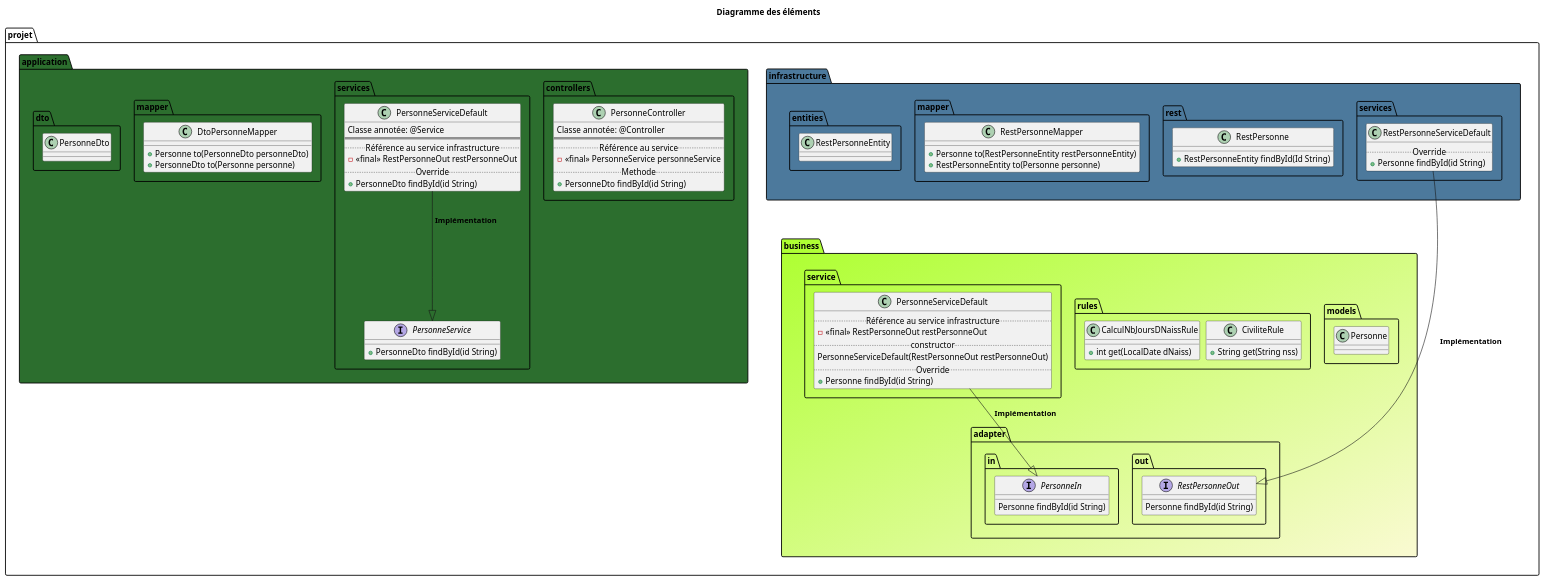
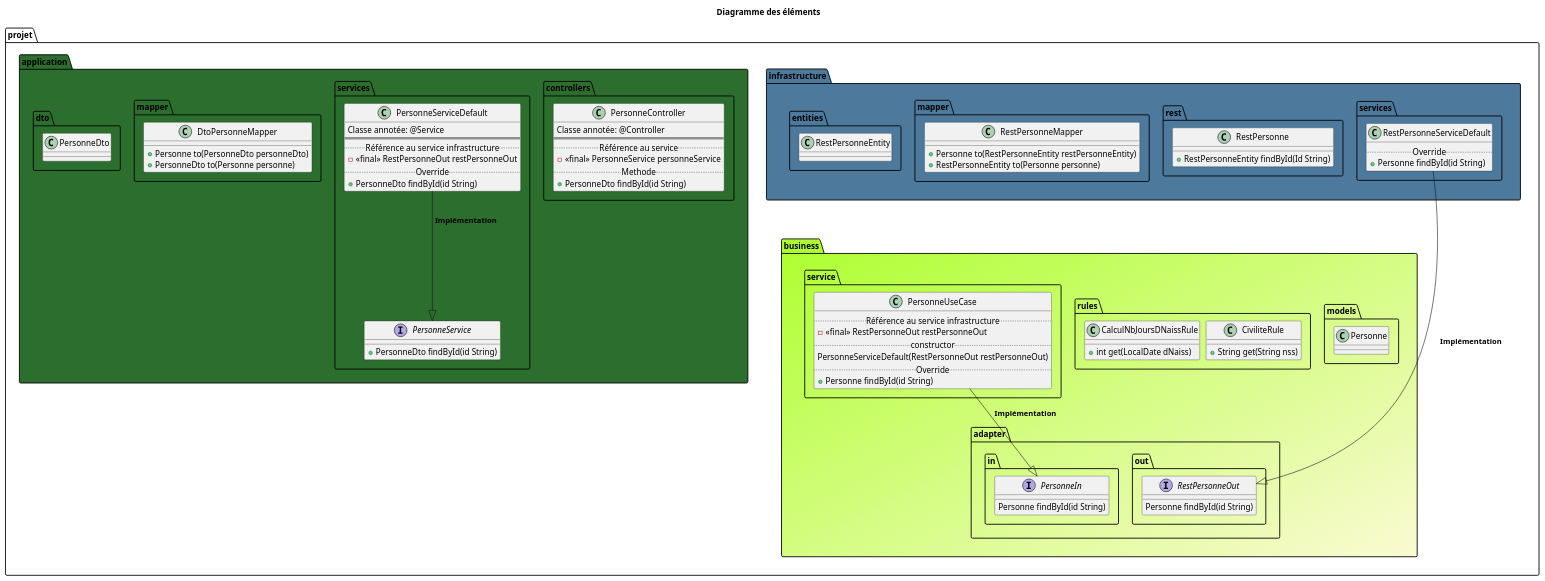
One commit to stef38-code/structureProjet changed the diagram in images/application/dia_application_ex.puml. Above: the diagram before and after it, drawn with PlantUML. The commit also changed 10 other files, not shown here.

```diff
--- a/images/application/dia_application_ex.puml
+++ b/images/application/dia_application_ex.puml
@@ -1,105 +1,105 @@
 @startuml
 title: Diagramme des éléments
 skinparam nodesep 10
 page 1x2
 package projet{
     package business #GreenYellow/LightGoldenRodYellow {
             package adapter{
                 package out {
                     interface RestPersonneOut {
                         {method} Personne findById(id String)
                     }
                 }
                 package in {
                     interface PersonneIn {
                       {method} Personne findById(id String)
                     }
                 }
             }
             package models {
                 class Personne{
                 }
             }
             package rules {
                 class CiviliteRule{
                     +String get(String nss)
                 }
                 class CalculNbJoursDNaissRule{
                     +int get(LocalDate dNaiss)
                 }
             }
             package service {
-                class PersonneServiceDefault {
+                class PersonneUseCase {
                     .. Référence au service infrastructure ..
                     - <<final>> RestPersonneOut restPersonneOut
                     .. constructor ..
                     PersonneServiceDefault(RestPersonneOut restPersonneOut)
                     .. Override ..
                     + {method} Personne findById(id String)
                 }
-                PersonneServiceDefault --|> projet.business.adapter.in.PersonneIn:  ** Implémentation**
+                PersonneUseCase --|> projet.business.adapter.in.PersonneIn:  ** Implémentation**
             }
     }
     package infrastructure #4C799C {
         package services {
             class RestPersonneServiceDefault {
                 .. Override ..
                 + {method} Personne findById(id String)
             }
             RestPersonneServiceDefault -down-|> projet.business.adapter.out.RestPersonneOut: ** Implémentation**
         }
         package rest {
             class RestPersonne{
                 + {method} RestPersonneEntity findById(Id String)
             }
         }
         package mapper {
             class RestPersonneMapper{
                 + {method} Personne to(RestPersonneEntity restPersonneEntity)
                 + {method} RestPersonneEntity to(Personne personne)
             }
         }
         package entities {
             class RestPersonneEntity
         }
 
     }
     package application #2C6E2E {
         package controllers{
             class PersonneController{
             Classe annotée: @Controller
             ===
             .. Référence au service ..
             - <<final>> PersonneService personneService
             .. Methode ..
                 + {method} PersonneDto findById(id String)
             }
         }
         package services{
             interface PersonneService{
                 + {method} PersonneDto findById(id String)
             }
             class PersonneServiceDefault{
                 Classe annotée: @Service
                 ===
                 .. Référence au service infrastructure ..
                 - <<final>> RestPersonneOut restPersonneOut
                 .. Override ..
                 + {method} PersonneDto findById(id String)
             }
              PersonneServiceDefault --|> PersonneService: ** Implémentation**
         }
         package mapper {
             class DtoPersonneMapper{
                 + {method} Personne to(PersonneDto personneDto)
                 + {method} PersonneDto to(Personne personne)
             }
         }
         package dto{
             class PersonneDto{
             }
         }
     }
 }
 infrastructure -[hidden]- business
 @enduml
```
